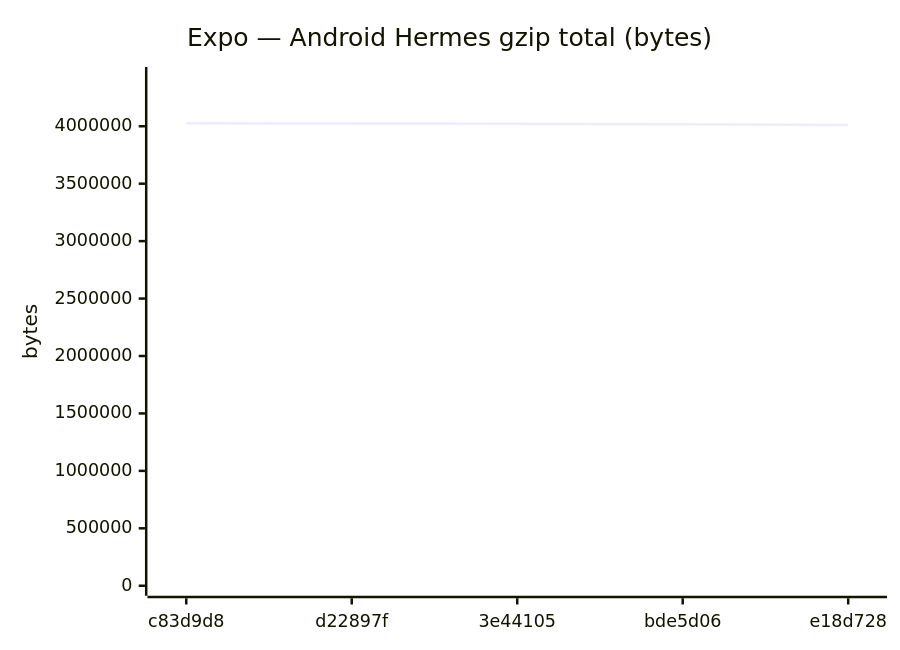
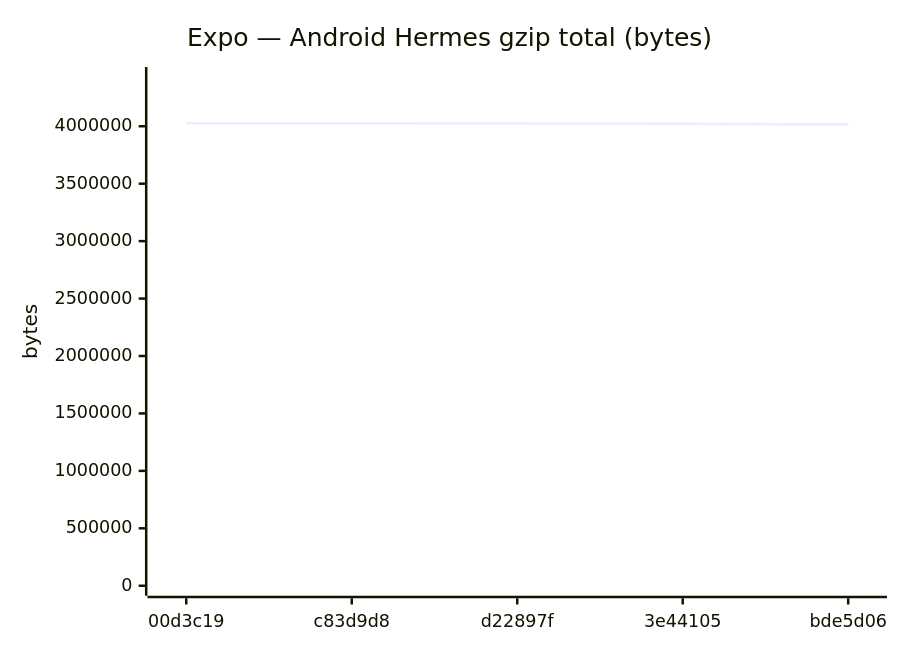
Before and after one commit to Metaheurist/Rianell: diagram 11 of 18 in benchmarks/compare.md, drawn with Mermaid. The commit also changed other lines of this file and 11 other files, not shown here.

````diff
--- a/benchmarks/compare.md
+++ b/benchmarks/compare.md
@@ -172,7 +172,7 @@
 ```mermaid
 xychart-beta
     title "Expo — Android Hermes gzip total (bytes)"
-    x-axis ["c83d9d8", "d22897f", "3e44105", "bde5d06", "e18d728"]
+    x-axis ["00d3c19", "c83d9d8", "d22897f", "3e44105", "bde5d06"]
     y-axis "bytes" 0 --> 4428693
-    line [4026084, 4023969, 4020690, 4016661, 4010565]
+    line [4025609, 4026084, 4023969, 4020690, 4016661]
 ```
````
